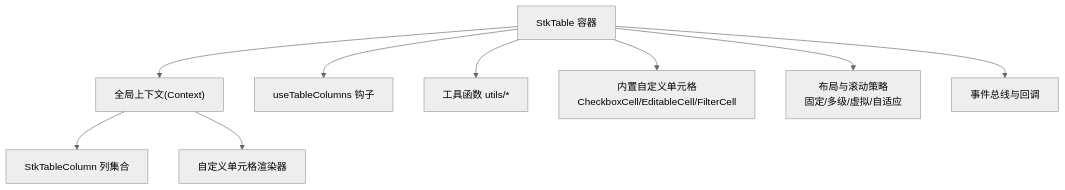
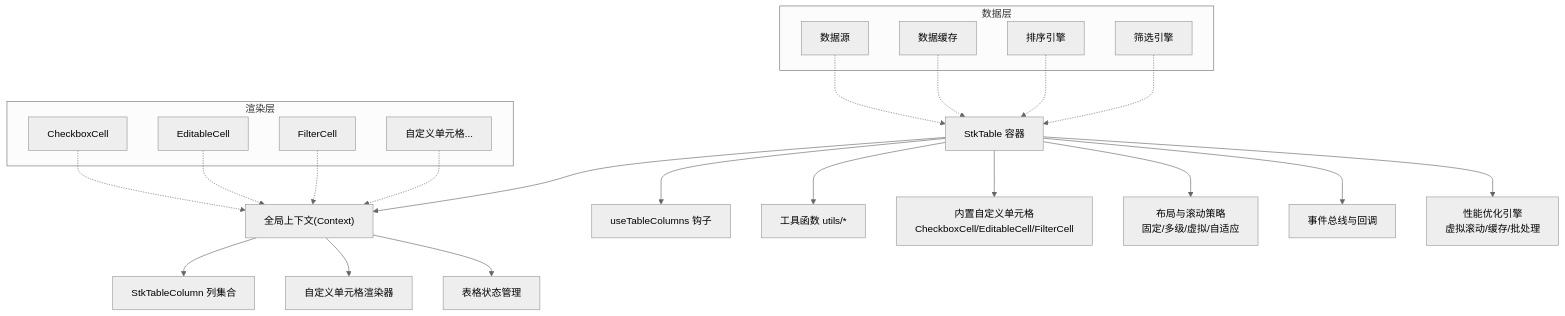
Before and after one commit to ja-plus/stk-table-react: the second of 3 diagrams in .qoder/repowiki/zh/content/项目概述.md, drawn with Mermaid (neutral theme). The commit also changed other lines of this file and 4 other files, not shown here.

````diff
--- a/.qoder/repowiki/zh/content/项目概述.md
+++ b/.qoder/repowiki/zh/content/项目概述.md
@@ -136,11 +174,33 @@
 ```mermaid
 graph TB
 ST["StkTable 容器"] --> CTX["全局上下文(Context)"]
 ST --> HCOL["useTableColumns 钩子"]
 ST --> UTL["工具函数 utils/*"]
 ST --> CC["内置自定义单元格<br/>CheckboxCell/EditableCell/FilterCell"]
 CTX --> COLS["StkTableColumn 列集合"]
 CTX --> CELL["自定义单元格渲染器"]
+CTX --> STATE["表格状态管理"]
 ST --> LAYOUT["布局与滚动策略<br/>固定/多级/虚拟/自适应"]
 ST --> EVT["事件总线与回调"]
+ST --> PERF["性能优化引擎<br/>虚拟滚动/缓存/批处理"]
+subgraph "渲染层"
+CELL1["CheckboxCell"]
+CELL2["EditableCell"]
+CELL3["FilterCell"]
+CELL4["自定义单元格..."]
+end
+subgraph "数据层"
+DATA["数据源"]
+CACHE["数据缓存"]
+SORT["排序引擎"]
+FILTER["筛选引擎"]
+end
+CELL1 -.-> CTX
+CELL2 -.-> CTX
+CELL3 -.-> CTX
+CELL4 -.-> CTX
+DATA -.-> ST
+CACHE -.-> ST
+SORT -.-> ST
+FILTER -.-> ST
 ```
````
